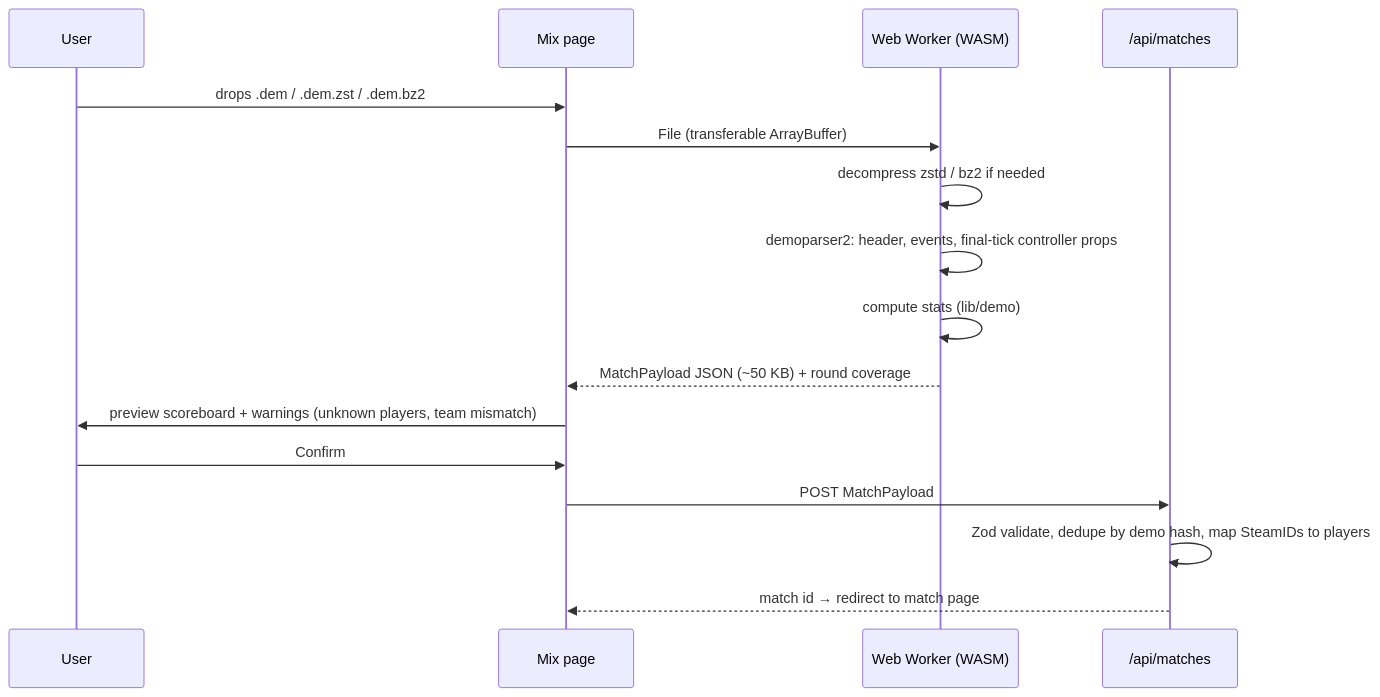
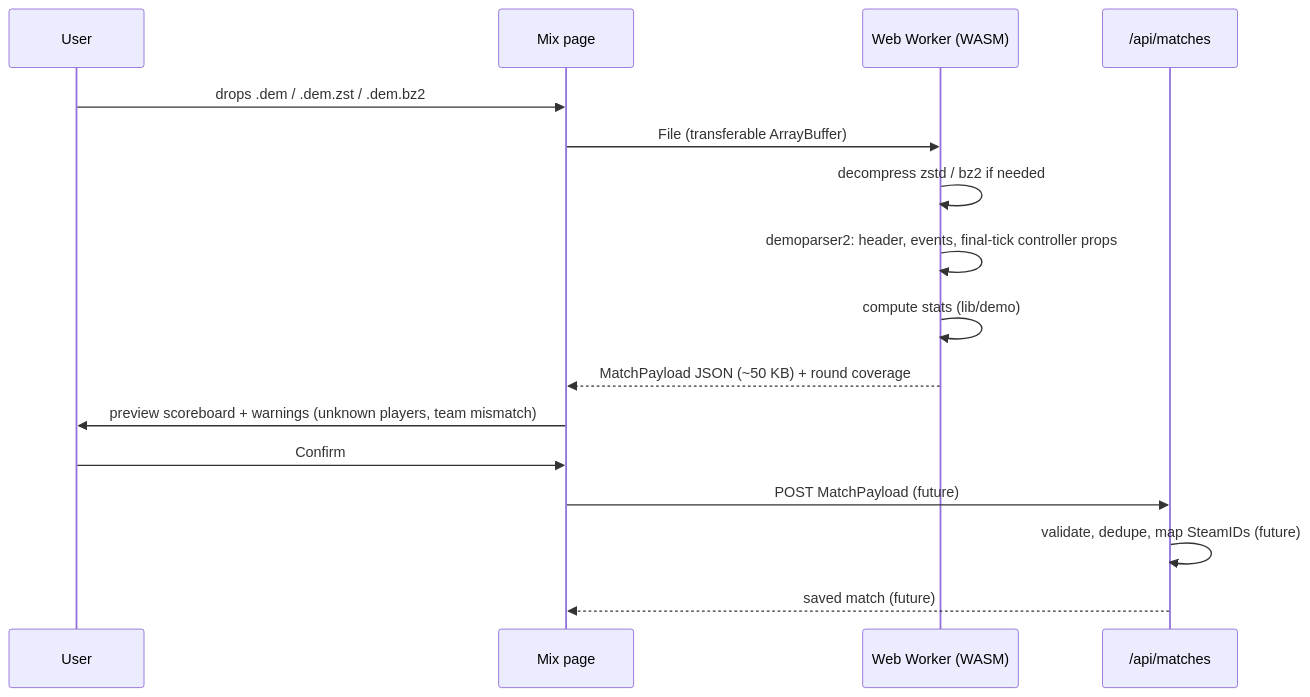
Before and after one commit to ArturCzopek/mixer: the diagram in docs/05-demo-pipeline.md, drawn with Mermaid. The commit also changed other lines of this file and 8 other files, not shown here.

Commit message:
Compute and validate demo event statistics across overtime rounds

````diff
--- a/docs/05-demo-pipeline.md
+++ b/docs/05-demo-pipeline.md
@@ -133,18 +133,18 @@
 ```mermaid
 sequenceDiagram
   participant U as User
   participant P as Mix page
   participant W as Web Worker (WASM)
   participant API as /api/matches
   U->>P: drops .dem / .dem.zst / .dem.bz2
   P->>W: File (transferable ArrayBuffer)
   W->>W: decompress zstd / bz2 if needed
   W->>W: demoparser2: header, events, final-tick controller props
   W->>W: compute stats (lib/demo)
   W-->>P: MatchPayload JSON (~50 KB) + round coverage
   P->>U: preview scoreboard + warnings (unknown players, team mismatch)
   U->>P: Confirm
-  P->>API: POST MatchPayload
-  API->>API: Zod validate, dedupe by demo hash, map SteamIDs to players
-  API-->>P: match id → redirect to match page
+  P->>API: POST MatchPayload (future)
+  API->>API: validate, dedupe, map SteamIDs (future)
+  API-->>P: saved match (future)
 ```
````
